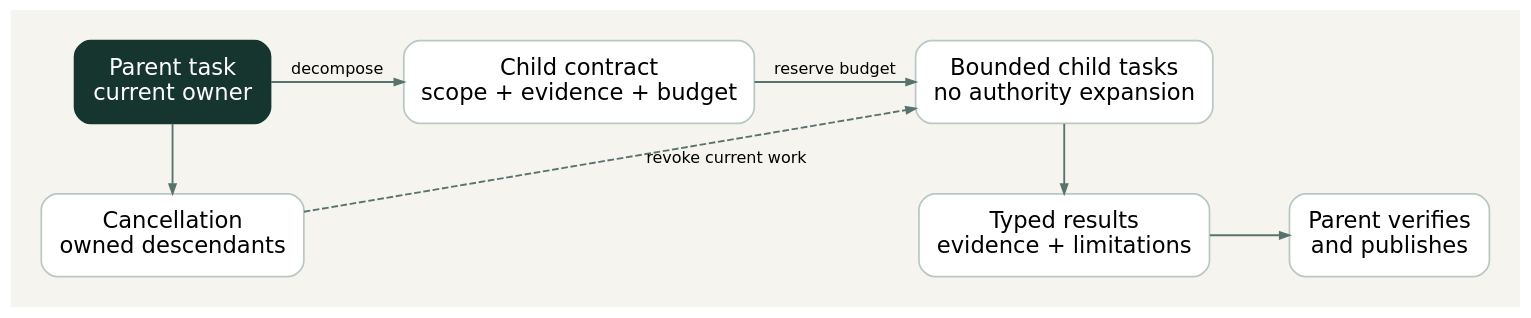
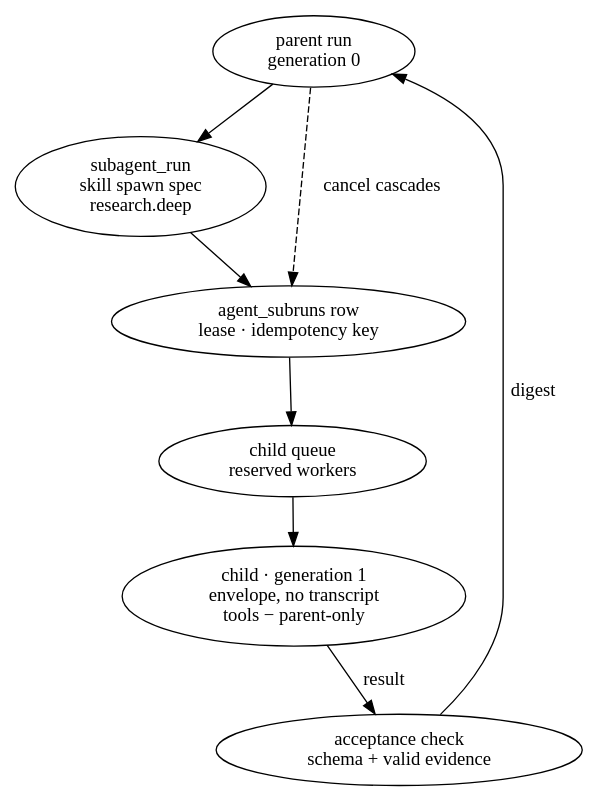
The diagram in src/assets/blog-diagrams/10-on-demand-subagents-delegation-authority.dot (Shaunfurtado/Shaunfurtado.github.io), drawn with Graphviz before and after one commit. The commit also changed 114 other files, not shown here.

First line of the commit message:
refactor: rewrite blog posts around real system details and theme the diagrams

```diff
--- a/src/assets/blog-diagrams/10-on-demand-subagents-delegation-authority.dot
+++ b/src/assets/blog-diagrams/10-on-demand-subagents-delegation-authority.dot
@@ -1,19 +1,16 @@
-digraph design {
-graph [rankdir=TB, bgcolor="#f6f4ee", pad="0.32", nodesep="0.42", ranksep="0.55", splines=polyline, fontname="DejaVu Sans", fontsize=18];
-node [shape=box, style="rounded,filled", fillcolor="#ffffff", color="#b9c8c4", penwidth=1.3, fontname="DejaVu Sans", fontsize=17, margin="0.20,0.16"];
-edge [color="#58736e", fontname="DejaVu Sans", fontsize=12, arrowsize=0.7, penwidth=1.4];
-parent [label="Parent task\ncurrent owner",fillcolor="#16352f",fontcolor="#ffffff",color="#16352f"];
-contract [label="Child contract\nscope + evidence + budget"];
-children [label="Bounded child tasks\nno authority expansion"];
-results [label="Typed results\nevidence + limitations"];
-review [label="Parent verifies\nand publishes"];
-cancel [label="Cancellation\nowned descendants"];
-parent -> contract [label="decompose"];
-contract -> children [label="reserve budget"];
-children -> results [label=""];
-results -> review [label=""];
-parent -> cancel [label=""];
-cancel -> children [label="revoke current work",style=dashed,constraint=false];
-{rank=same; parent; contract; children;}
-{rank=same; cancel; results; review;}
+digraph subagents {
+rankdir=TB;
+parent [label="parent run\ngeneration 0", class="key"];
+spawn [label="subagent_run\nskill spawn spec\nresearch.deep"];
+row [label="agent_subruns row\nlease · idempotency key"];
+q [label="child queue\nreserved workers"];
+child [label="child · generation 1\nenvelope, no transcript\ntools − parent-only"];
+check [label="acceptance check\nschema + valid evidence"];
+parent -> spawn;
+spawn -> row;
+row -> q;
+q -> child;
+child -> check [label="result"];
+check -> parent [label="digest"];
+parent -> row [label="cancel cascades", style=dashed];
 }
```
